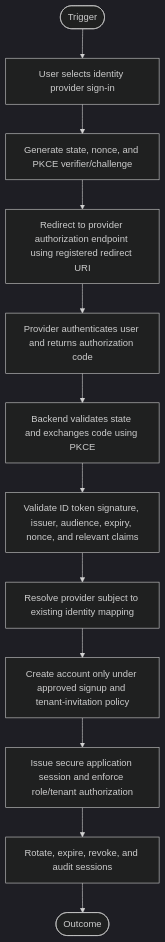
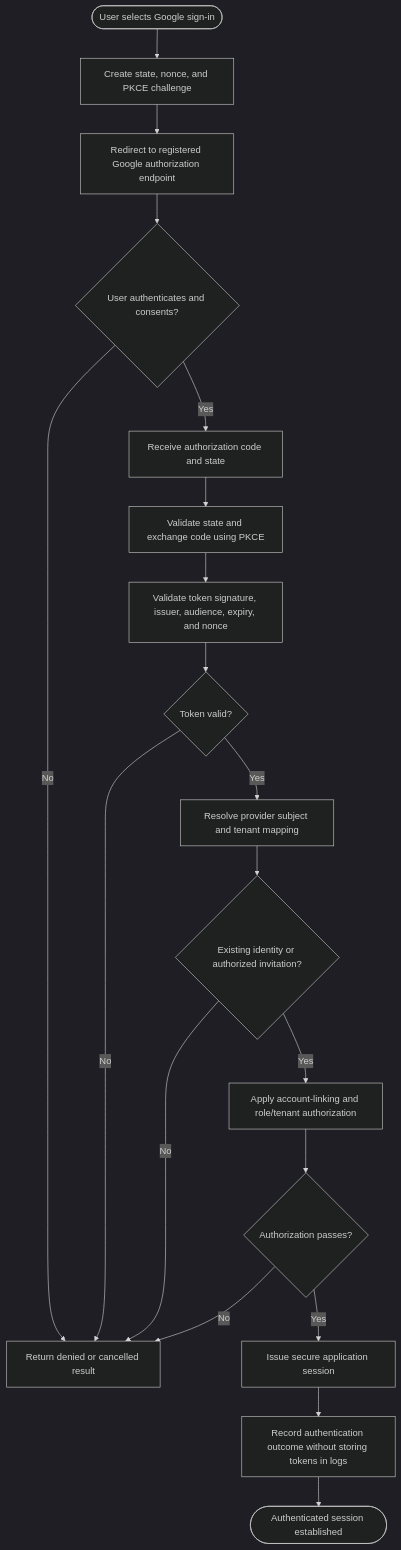
The first of 3 diagrams in 05-system-integrations/oauth-google-login-flow.md (reviveproject4-source/visual-business-flows), drawn with Mermaid (dark theme) before and after one commit. The commit also changed other lines of this file and 14 other files, not shown here.

First line of the commit message:
Align workflow diagrams with business rules and exceptions

````diff
--- a/05-system-integrations/oauth-google-login-flow.md
+++ b/05-system-integrations/oauth-google-login-flow.md
@@ -56,24 +56,21 @@
 ```mermaid
 flowchart TD
-    Start([Trigger]) --> S1
-    S1[User selects identity provider sign-in]
-    S2[Generate state, nonce, and PKCE verifier/challenge]
-    S3[Redirect to provider authorization endpoint using registered redirect URI]
-    S4[Provider authenticates user and returns authorization code]
-    S5[Backend validates state and exchanges code using PKCE]
-    S6[Validate ID token signature, issuer, audience, expiry, nonce, and relevant claims]
-    S7[Resolve provider subject to existing identity mapping]
-    S8[Create account only under approved signup and tenant-invitation policy]
-    S9[Issue secure application session and enforce role/tenant authorization]
-    S10[Rotate, expire, revoke, and audit sessions]
-    S1 --> S2
-    S2 --> S3
-    S3 --> S4
-    S4 --> S5
-    S5 --> S6
-    S6 --> S7
-    S7 --> S8
-    S8 --> S9
-    S9 --> S10
-    S10 --> End([Outcome])
+    A([User selects Google sign-in]) --> B[Create state, nonce, and PKCE challenge]
+    B --> C[Redirect to registered Google authorization endpoint]
+    C --> D{User authenticates and consents?}
+    D -->|No| X[Return denied or cancelled result]
+    D -->|Yes| E[Receive authorization code and state]
+    E --> F[Validate state and exchange code using PKCE]
+    F --> G[Validate token signature, issuer, audience, expiry, and nonce]
+    G --> H{Token valid?}
+    H -->|No| X
+    H -->|Yes| I[Resolve provider subject and tenant mapping]
+    I --> J{Existing identity or authorized invitation?}
+    J -->|No| X
+    J -->|Yes| K[Apply account-linking and role/tenant authorization]
+    K --> L{Authorization passes?}
+    L -->|No| X
+    L -->|Yes| M[Issue secure application session]
+    M --> N[Record authentication outcome without storing tokens in logs]
+    N --> O([Authenticated session established])
 ```
````
